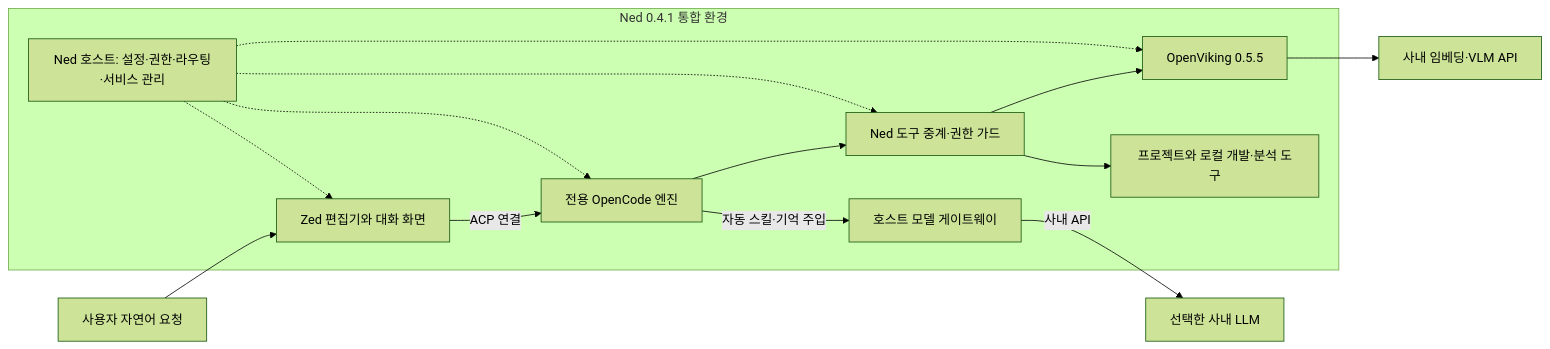
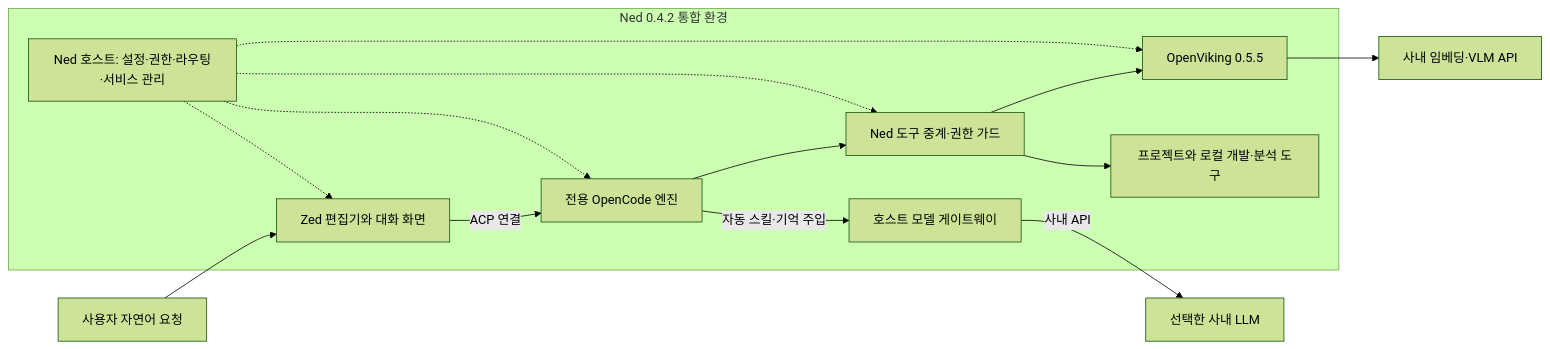
The diagram in docs/ned-vs-zed.md (SungKyu-Kim39/AgentHarness), drawn with Mermaid (forest theme) before and after one commit. The commit also changed other lines of this file and 32 other files, not shown here.

````diff
--- a/docs/ned-vs-zed.md
+++ b/docs/ned-vs-zed.md
@@ -36,17 +36,17 @@
 ```mermaid
 flowchart LR
     User[사용자 자연어 요청] --> Zed[Zed 편집기와 대화 화면]
-    subgraph Ned[Ned 0.4.1 통합 환경]
+    subgraph Ned[Ned 0.4.2 통합 환경]
         Zed -->|ACP 연결| Engine[전용 OpenCode 엔진]
         Engine -->|자동 스킬·기억 주입| Gateway[호스트 모델 게이트웨이]
         Engine --> Tools[Ned 도구 중계·권한 가드]
         Tools --> Local[프로젝트와 로컬 개발·분석 도구]
         Tools --> Knowledge[OpenViking 0.5.5]
         Host[Ned 호스트: 설정·권한·라우팅·서비스 관리] -.-> Zed
         Host -.-> Engine
         Host -.-> Tools
         Host -.-> Knowledge
     end
     Gateway -->|사내 API| LLM[선택한 사내 LLM]
     Knowledge --> Embedding[사내 임베딩·VLM API]
 ```
````
